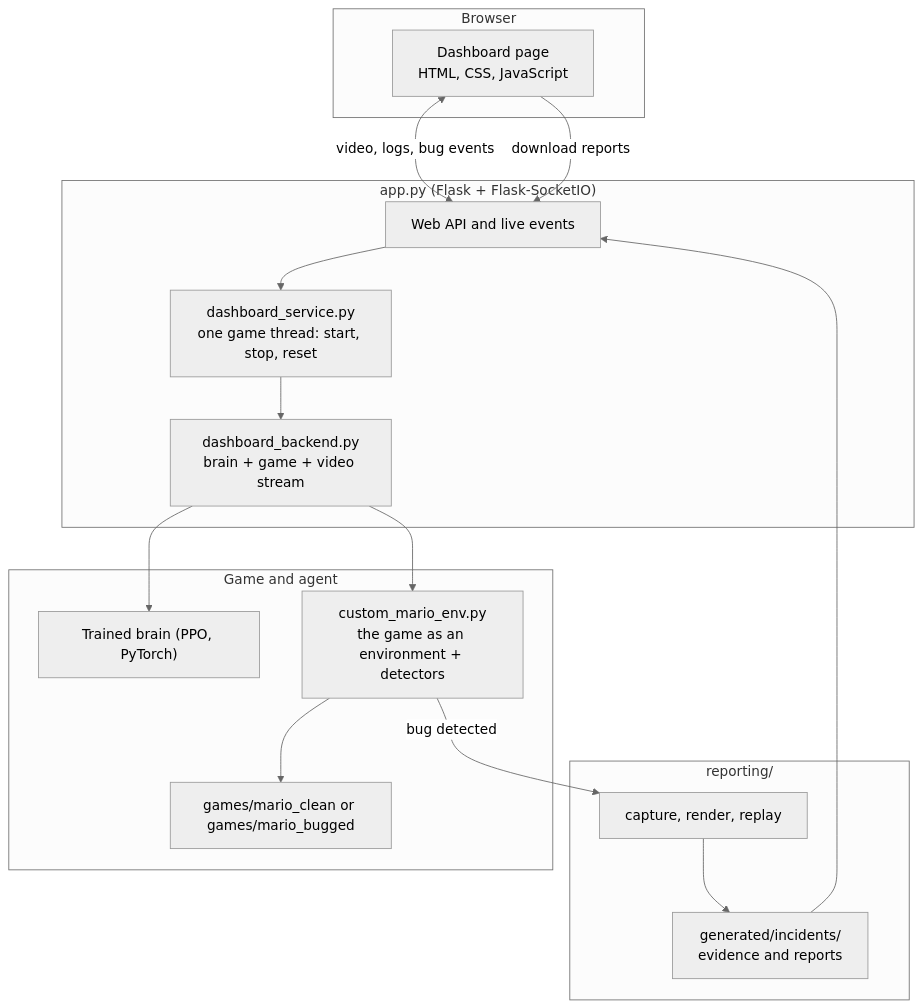
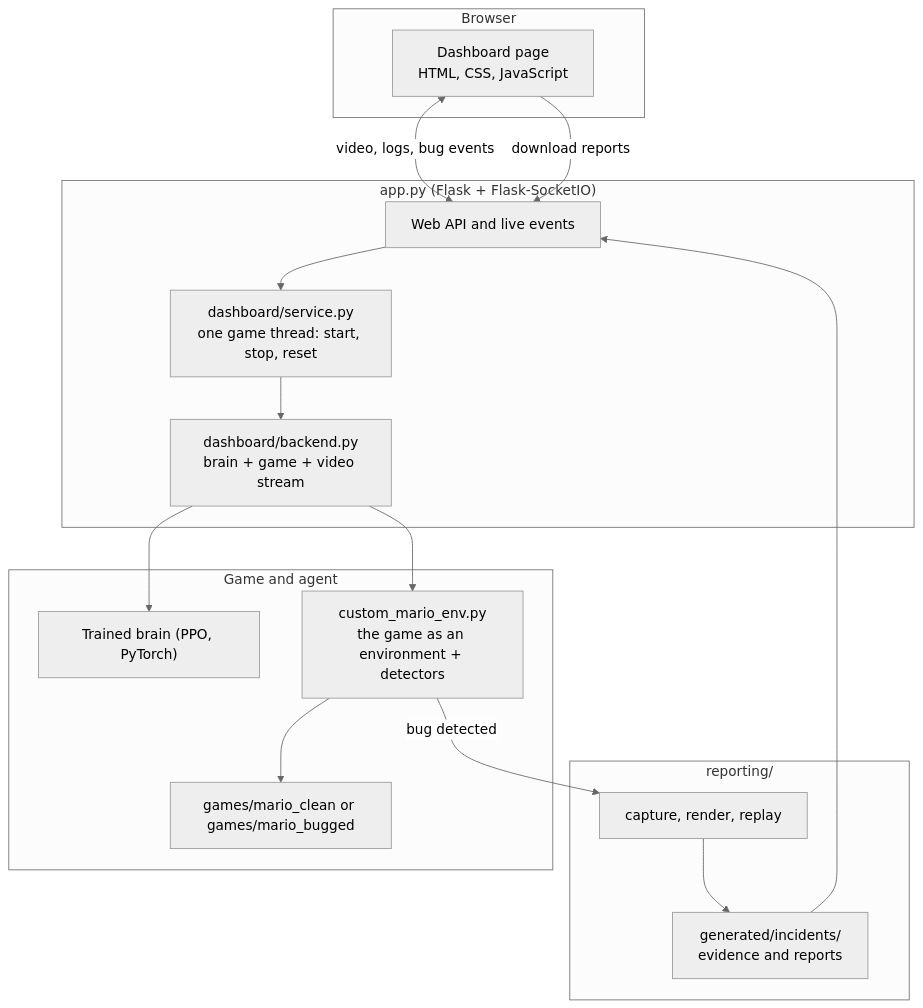
Before and after one commit to TanmaySingh2711/glitch_hunter_project: the diagram in README.md, drawn with Mermaid (neutral theme). The commit also changed other lines of this file and 65 other files, not shown here.

````diff
--- a/README.md
+++ b/README.md
@@ -136,27 +136,27 @@
 ```mermaid
 flowchart TD
     subgraph Browser
         UI["Dashboard page<br/>HTML, CSS, JavaScript"]
     end
     subgraph Server["app.py (Flask + Flask-SocketIO)"]
         API["Web API and live events"]
-        SVC["dashboard_service.py<br/>one game thread: start, stop, reset"]
-        BACK["dashboard_backend.py<br/>brain + game + video stream"]
+        SVC["dashboard/service.py<br/>one game thread: start, stop, reset"]
+        BACK["dashboard/backend.py<br/>brain + game + video stream"]
     end
     subgraph Game["Game and agent"]
         ENV["custom_mario_env.py<br/>the game as an environment + detectors"]
         VAR["games/mario_clean or games/mario_bugged"]
         BRAIN["Trained brain (PPO, PyTorch)"]
     end
     subgraph Reporting["reporting/"]
         PIPE["capture, render, replay"]
         STORE["generated/incidents/<br/>evidence and reports"]
     end
     UI <-->|video, logs, bug events| API
     UI -->|download reports| API
     API --> SVC --> BACK
     BACK --> BRAIN
     BACK --> ENV --> VAR
     ENV -->|bug detected| PIPE --> STORE
     STORE --> API
 ```
````
